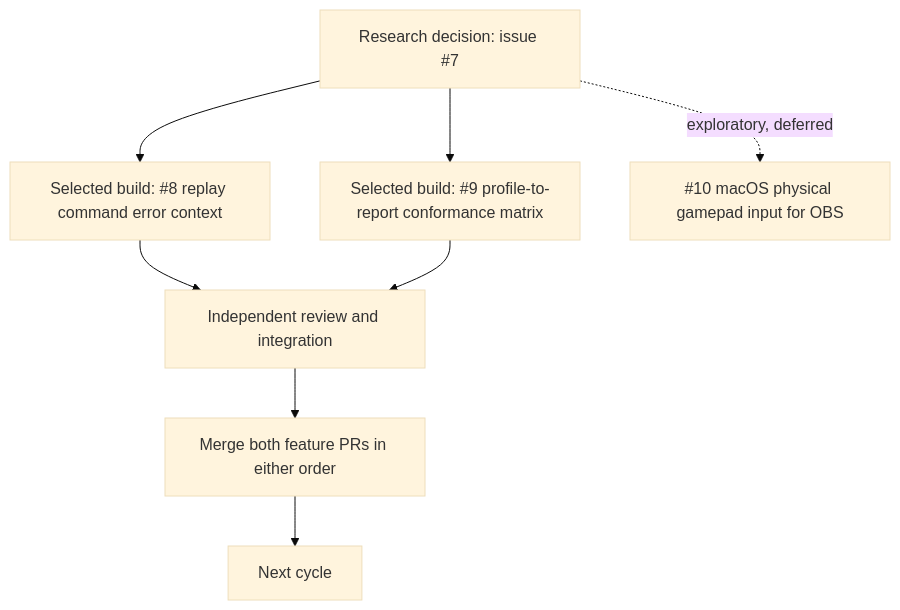
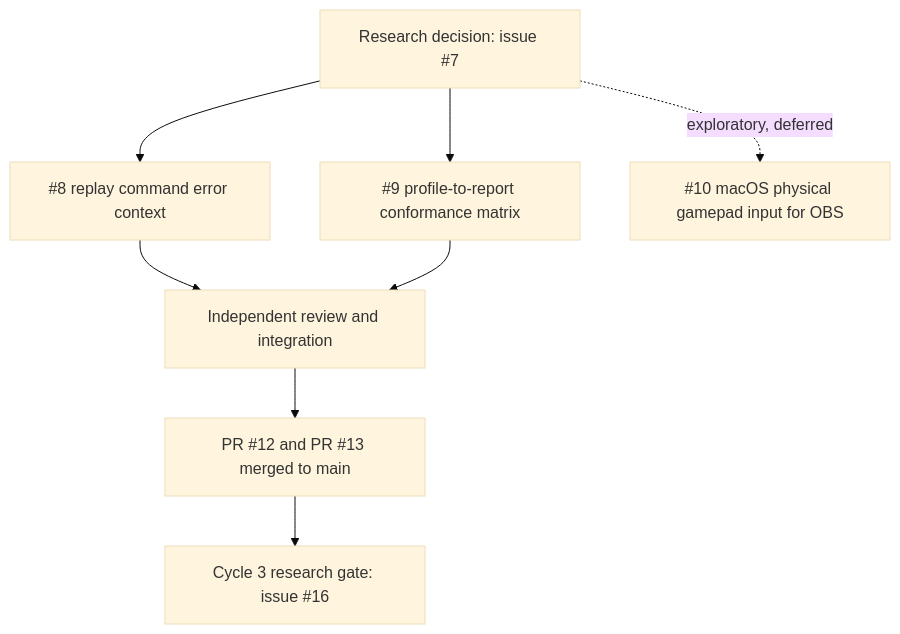
The second of 2 diagrams in docs/roadmap/ai-gaming-opportunities.md (SYMBaiEX/OpenController), drawn with Mermaid (base theme) before and after one commit. The commit also changed other lines of this file, not shown here.

Commit message:
docs: close out Cycle 2 roadmap

````diff
--- a/docs/roadmap/ai-gaming-opportunities.md
+++ b/docs/roadmap/ai-gaming-opportunities.md
@@ -215,10 +215,10 @@
 ```mermaid
 flowchart TD
-  R[Research decision: issue #7] --> A[Selected build: #8 replay command error context]
-  R --> B[Selected build: #9 profile-to-report conformance matrix]
+  R[Research decision: issue #7] --> A[#8 replay command error context]
+  R --> B[#9 profile-to-report conformance matrix]
   R -. exploratory, deferred .-> C[#10 macOS physical gamepad input for OBS]
   A --> D[Independent review and integration]
   B --> D
-  D --> E[Merge both feature PRs in either order]
-  E --> F[Next cycle]
+  D --> E[PR #12 and PR #13 merged to main]
+  E --> F[Cycle 3 research gate: issue #16]
 ```
````
